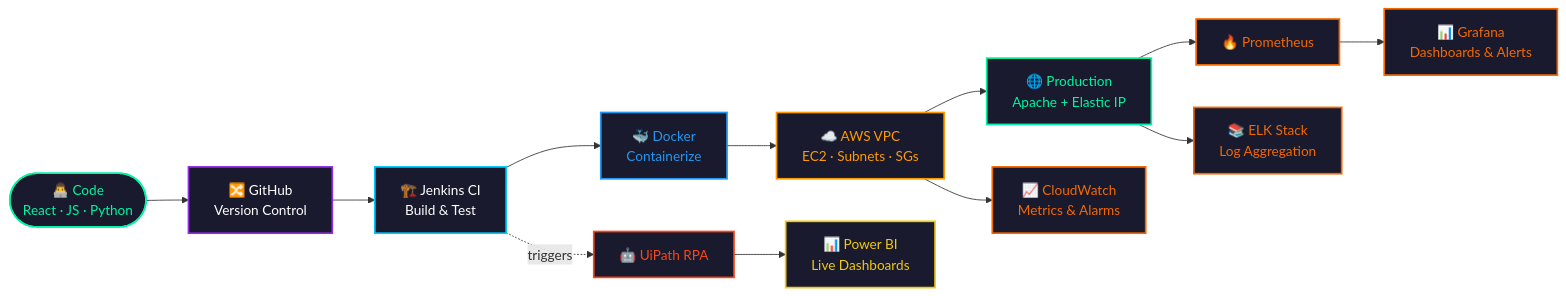
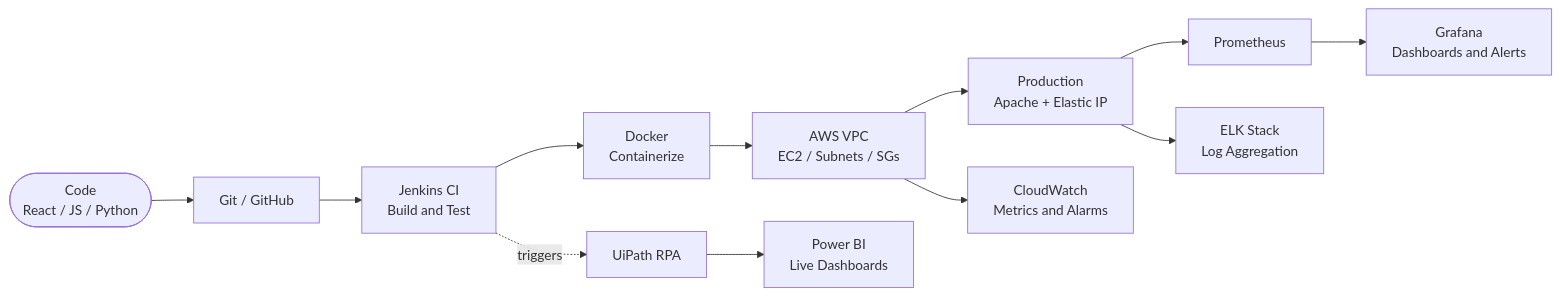
The diagram in README.md (psgaikwad2003/psgaikwad2003), drawn with Mermaid before and after one commit. The commit also changed other lines of this file, not shown here.

````diff
--- a/README.md
+++ b/README.md
@@ -82,22 +80,14 @@
 ```mermaid
 flowchart LR
-    A(["👨‍💻 Code<br/>React · JS · Python"]):::dev --> B["🔀 GitHub<br/>Version Control"]:::scm
-    B --> C["🏗️ Jenkins CI<br/>Build & Test"]:::ci
-    C --> D["🐳 Docker<br/>Containerize"]:::docker
-    D --> E["☁️ AWS VPC<br/>EC2 · Subnets · SGs"]:::cloud
-    E --> F["🌐 Production<br/>Apache + Elastic IP"]:::prod
-    E --> G["📈 CloudWatch<br/>Metrics & Alarms"]:::obs
-    F --> J["🔥 Prometheus"]:::obs --> K["📊 Grafana<br/>Dashboards & Alerts"]:::obs
-    F --> L["📚 ELK Stack<br/>Log Aggregation"]:::obs
-    C -.triggers.-> H["🤖 UiPath RPA"]:::rpa --> I["📊 Power BI<br/>Live Dashboards"]:::bi
-
-    classDef dev fill:#1a1a2e,stroke:#00F5A0,color:#00F5A0,stroke-width:2px
-    classDef scm fill:#1a1a2e,stroke:#8E2DE2,color:#fff,stroke-width:2px
-    classDef ci fill:#1a1a2e,stroke:#00C9FF,color:#fff,stroke-width:2px
-    classDef docker fill:#1a1a2e,stroke:#2496ED,color:#2496ED,stroke-width:2px
-    classDef cloud fill:#1a1a2e,stroke:#FF9900,color:#FF9900,stroke-width:2px
-    classDef prod fill:#1a1a2e,stroke:#00F5A0,color:#00F5A0,stroke-width:2px
-    classDef obs fill:#1a1a2e,stroke:#F46800,color:#F46800,stroke-width:2px
-    classDef rpa fill:#1a1a2e,stroke:#FA4616,color:#FA4616,stroke-width:2px
-    classDef bi fill:#1a1a2e,stroke:#F2C811,color:#F2C811,stroke-width:2px
+    A(["Code<br/>React / JS / Python"]) --> B["Git / GitHub"]
+    B --> C["Jenkins CI<br/>Build and Test"]
+    C --> D["Docker<br/>Containerize"]
+    D --> E["AWS VPC<br/>EC2 / Subnets / SGs"]
+    E --> F["Production<br/>Apache + Elastic IP"]
+    E --> G["CloudWatch<br/>Metrics and Alarms"]
+    F --> J["Prometheus"]
+    J --> K["Grafana<br/>Dashboards and Alerts"]
+    F --> L["ELK Stack<br/>Log Aggregation"]
+    C -.triggers.-> H["UiPath RPA"]
+    H --> I["Power BI<br/>Live Dashboards"]
 ```
````
